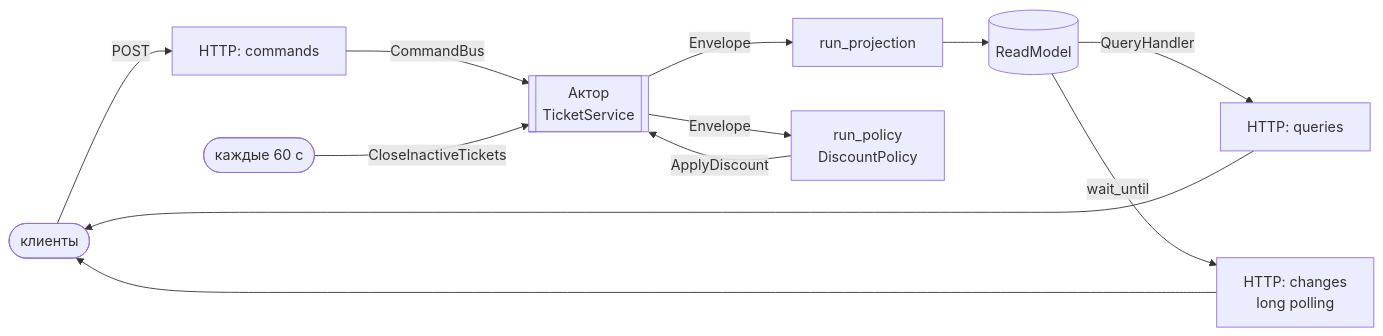
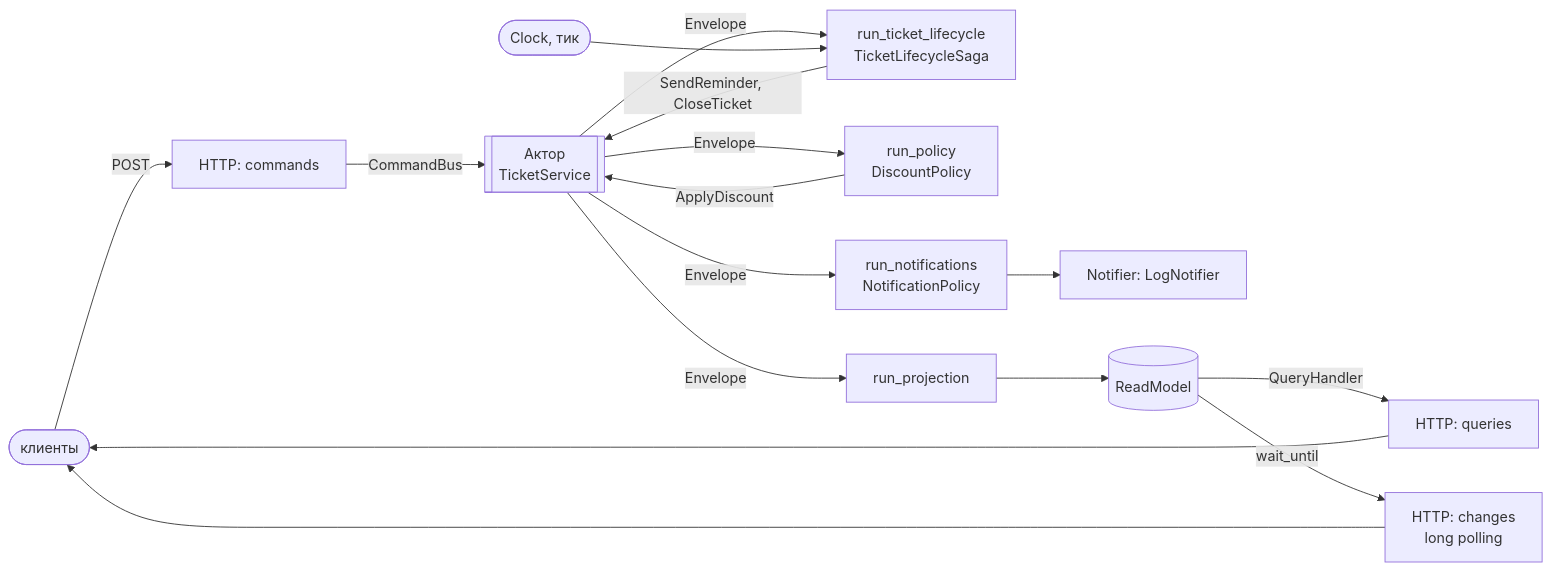
One commit to Dx-by-Dy/ALS-HW changed the fourth of 8 diagrams in hw9/ARCHITECTURE.md. Above: the diagram before and after it, drawn with Mermaid. The commit also changed other lines of this file and 4 other files, not shown here.

````diff
--- a/hw9/ARCHITECTURE.md
+++ b/hw9/ARCHITECTURE.md
@@ -222,14 +250,18 @@
 ```mermaid
 flowchart LR
     client(["клиенты"]) -->|POST| http["HTTP: commands"]
     http -->|CommandBus| actor[["Актор<br/>TicketService"]]
-    timer(["каждые 60 с"]) -->|CloseInactiveTickets| actor
-    actor -->|Envelope| proj["run_projection"]
+    actor -->|Envelope| saga["run_ticket_lifecycle<br/>TicketLifecycleSaga"]
+    clock(["Clock, тик"]) --> saga
+    saga -->|"SendReminder, CloseTicket"| actor
     actor -->|Envelope| pol["run_policy<br/>DiscountPolicy"]
     pol -->|ApplyDiscount| actor
+    actor -->|Envelope| notif["run_notifications<br/>NotificationPolicy"]
+    notif --> port["Notifier: LogNotifier"]
+    actor -->|Envelope| proj["run_projection"]
     proj --> rm[("ReadModel")]
     rm -->|QueryHandler| q["HTTP: queries"]
     rm -->|wait_until| lp["HTTP: changes<br/>long polling"]
     q --> client
     lp --> client
 ```
````
